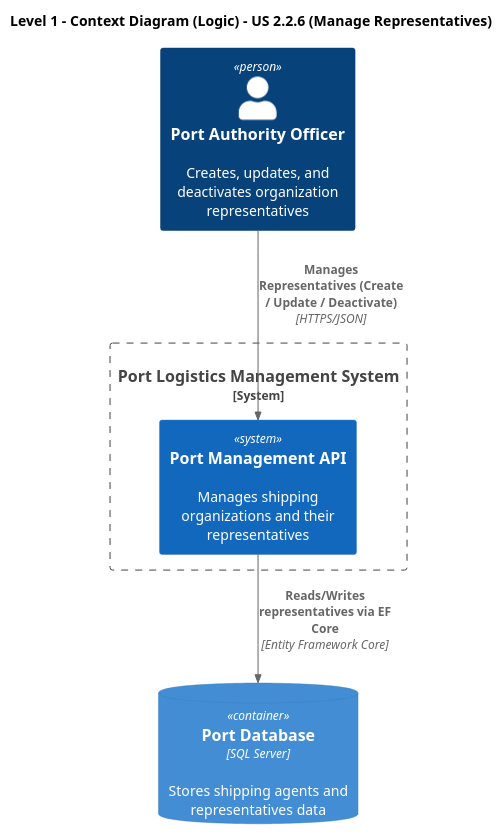
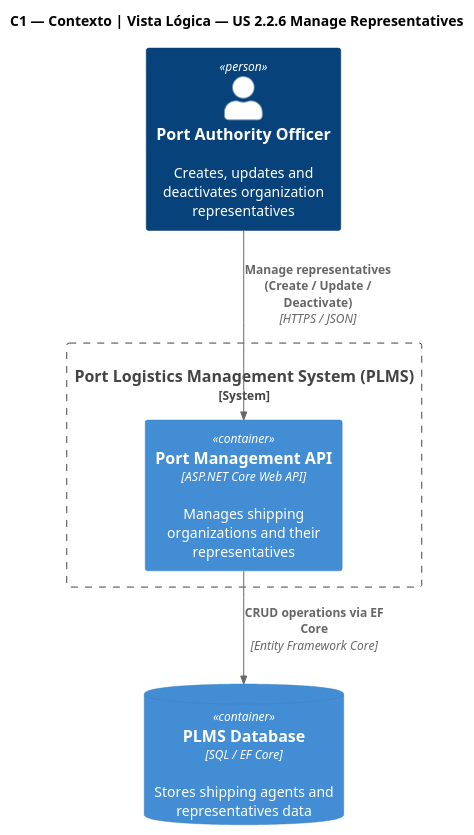
Before and after one commit to Departamento-de-Engenharia-Informatica/LEI-SEM5-PI-2025-26-3DM-03: the diagram in Docs/Sprint A/US 2.2.6/Modelo c4/C1_logica.puml, drawn with PlantUML. The commit also changed 12 other files, not shown here.

```diff
--- a/Docs/Sprint A/US 2.2.6/Modelo c4/C1_logica.puml
+++ b/Docs/Sprint A/US 2.2.6/Modelo c4/C1_logica.puml
@@ -1,17 +1,17 @@
 @startuml C1_Context_Logic_US_2_2_6
 !include <C4/C4_Container>
 
-title Level 1 - Context Diagram (Logic) - US 2.2.6 (Manage Representatives)
+title C1 — Contexto | Vista Lógica — US 2.2.6 Manage Representatives
 
-Person(portOfficer, "Port Authority Officer", "Creates, updates, and deactivates organization representatives")
+Person(portOfficer, "Port Authority Officer", "Creates, updates and deactivates organization representatives")
 
-System_Boundary(portSystem, "Port Logistics Management System") {
-    System(portApi, "Port Management API", "Manages shipping organizations and their representatives")
+System_Boundary(plms, "Port Logistics Management System (PLMS)") {
+    Container(portApi, "Port Management API", "ASP.NET Core Web API", "Manages shipping organizations and their representatives")
 }
 
-ContainerDb(database, "Port Database", "SQL Server", "Stores shipping agents and representatives data")
+ContainerDb(database, "PLMS Database", "SQL / EF Core", "Stores shipping agents and representatives data")
 
-Rel(portOfficer, portApi, "Manages Representatives (Create / Update / Deactivate)", "HTTPS/JSON")
-Rel(portApi, database, "Reads/Writes representatives via EF Core", "Entity Framework Core")
+Rel(portOfficer, portApi, "Manage representatives\n(Create / Update / Deactivate)", "HTTPS / JSON")
+Rel(portApi, database, "CRUD operations via EF Core", "Entity Framework Core")
 
 @enduml
```
